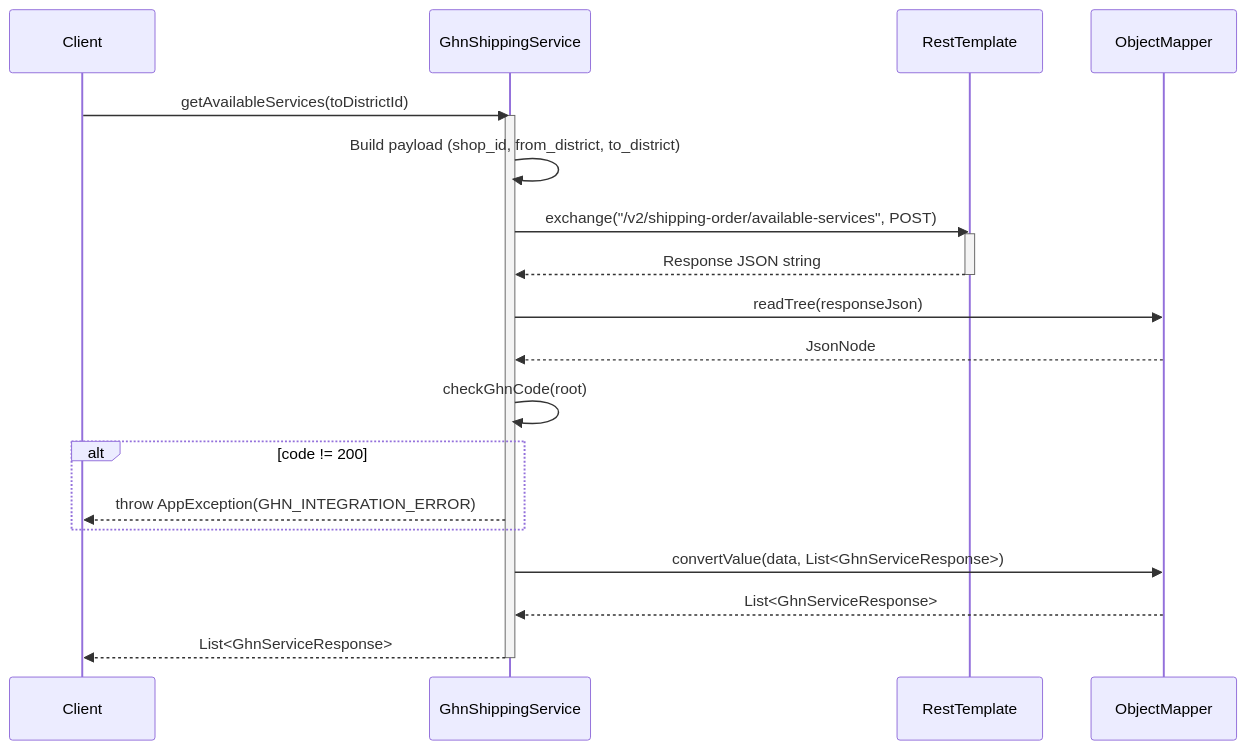
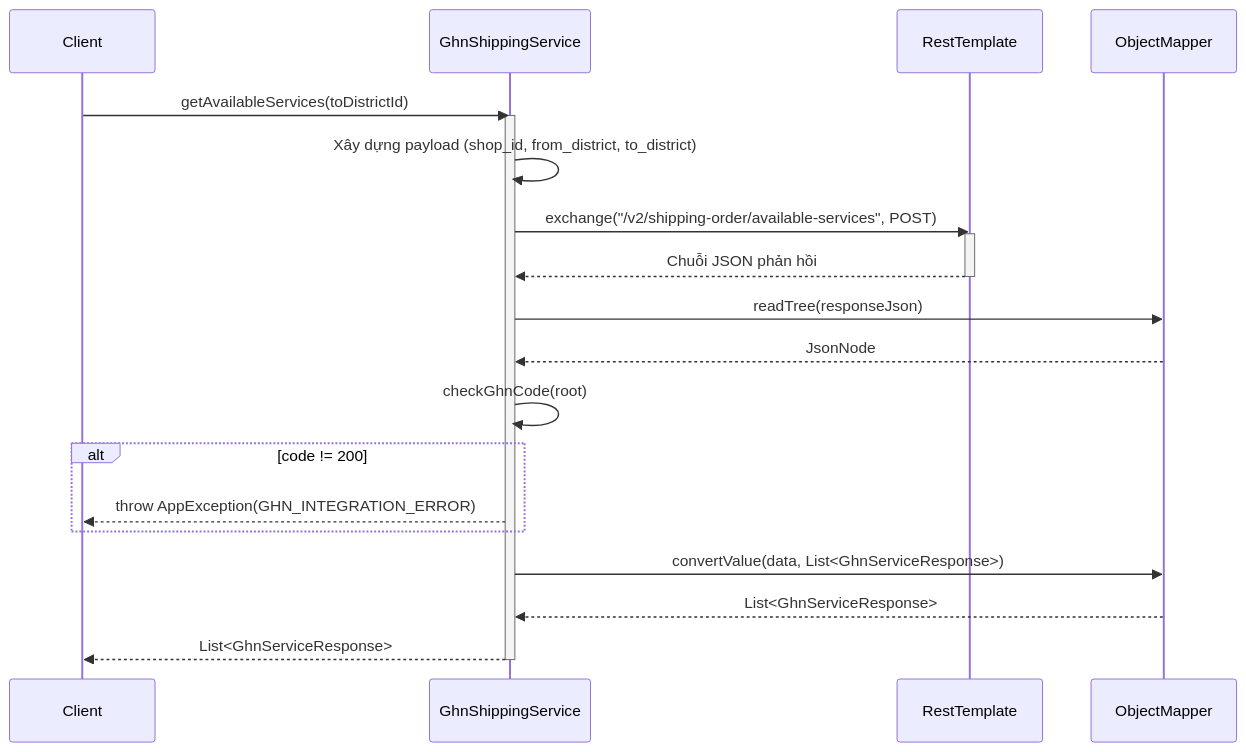
The second of 4 diagrams in .agent/sequence/ghn_services_sequence_diagrams.md (aquoc09/easymall), drawn with Mermaid before and after one commit. The commit also changed other lines of this file and 18 other files, not shown here.

Commit message:
UPDATE: Sequence diagram vietnamese

````diff
--- a/.agent/sequence/ghn_services_sequence_diagrams.md
+++ b/.agent/sequence/ghn_services_sequence_diagrams.md
@@ -52,31 +52,31 @@
 ```mermaid
 sequenceDiagram
     participant Client
     participant GhnShippingService
     participant RestTemplate
     participant ObjectMapper
 
     Client->>GhnShippingService: getAvailableServices(toDistrictId)
     activate GhnShippingService
 
-    GhnShippingService->>GhnShippingService: Build payload (shop_id, from_district, to_district)
+    GhnShippingService->>GhnShippingService: Xây dựng payload (shop_id, from_district, to_district)
 
     GhnShippingService->>RestTemplate: exchange("/v2/shipping-order/available-services", POST)
     activate RestTemplate
-    RestTemplate-->>GhnShippingService: Response JSON string
+    RestTemplate-->>GhnShippingService: Chuỗi JSON phản hồi
     deactivate RestTemplate
 
     GhnShippingService->>ObjectMapper: readTree(responseJson)
     ObjectMapper-->>GhnShippingService: JsonNode
 
     GhnShippingService->>GhnShippingService: checkGhnCode(root)
     alt code != 200
         GhnShippingService-->>Client: throw AppException(GHN_INTEGRATION_ERROR)
     end
 
     GhnShippingService->>ObjectMapper: convertValue(data, List<GhnServiceResponse>)
     ObjectMapper-->>GhnShippingService: List<GhnServiceResponse>
 
     GhnShippingService-->>Client: List<GhnServiceResponse>
     deactivate GhnShippingService
 ```
````
